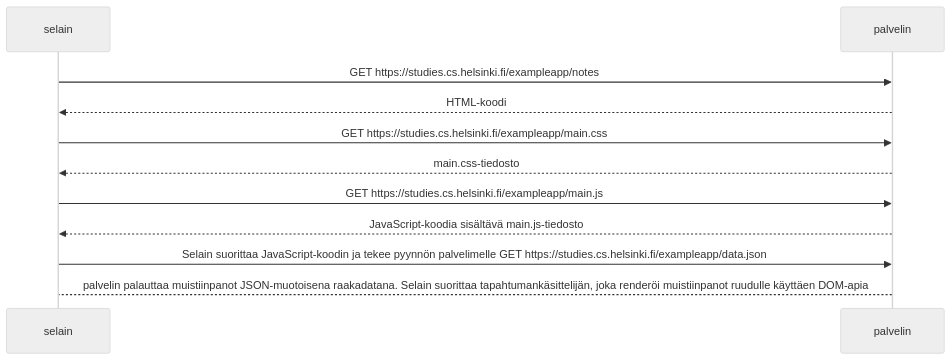
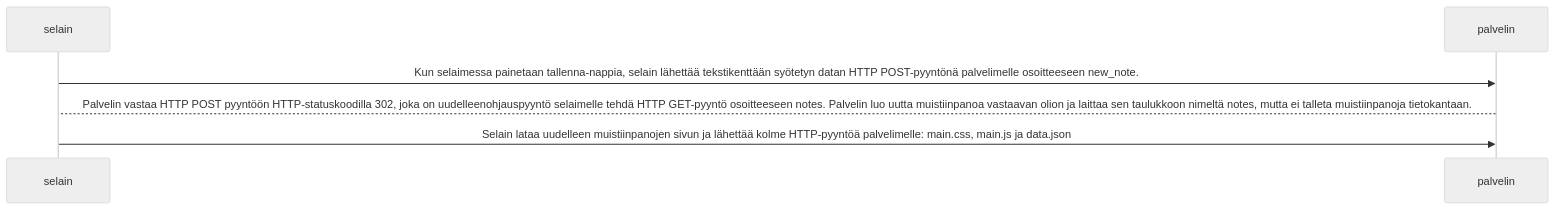
One commit to lpohjola/Fullstackopen changed the diagram in muistiinpano.md. Above: the diagram before and after it, drawn with Mermaid (neutral theme).

````diff
--- a/muistiinpano.md
+++ b/muistiinpano.md
@@ -1,11 +1,6 @@
 ```mermaid
 sequenceDiagram
-selain ->> palvelin: GET https://studies.cs.helsinki.fi/exampleapp/notes
-palvelin -->> selain: HTML-koodi
-selain ->> palvelin: GET https://studies.cs.helsinki.fi/exampleapp/main.css
-palvelin -->> selain: main.css-tiedosto
-selain ->> palvelin: GET https://studies.cs.helsinki.fi/exampleapp/main.js
-palvelin -->> selain: JavaScript-koodia sisältävä main.js-tiedosto
-selain ->> palvelin: Selain suorittaa JavaScript-koodin ja tekee pyynnön palvelimelle GET https://studies.cs.helsinki.fi/exampleapp/data.json
-palvelin --> selain: palvelin palauttaa muistiinpanot JSON-muotoisena raakadatana. Selain suorittaa tapahtumankäsittelijän, joka renderöi muistiinpanot ruudulle käyttäen DOM-apia
+selain ->> palvelin: Kun selaimessa painetaan tallenna-nappia, selain lähettää tekstikenttään syötetyn datan HTTP POST-pyyntönä palvelimelle osoitteeseen new_note. 
+palvelin --> selain: Palvelin vastaa HTTP POST pyyntöön HTTP-statuskoodilla 302, joka on uudelleenohjauspyyntö selaimelle tehdä HTTP GET-pyyntö osoitteeseen notes. Palvelin luo uutta muistiinpanoa vastaavan olion ja laittaa sen taulukkoon nimeltä notes, mutta ei talleta muistiinpanoja tietokantaan.
+selain ->> palvelin: Selain lataa uudelleen muistiinpanojen sivun ja lähettää kolme HTTP-pyyntöä palvelimelle: main.css, main.js ja data.json
 ```
````
